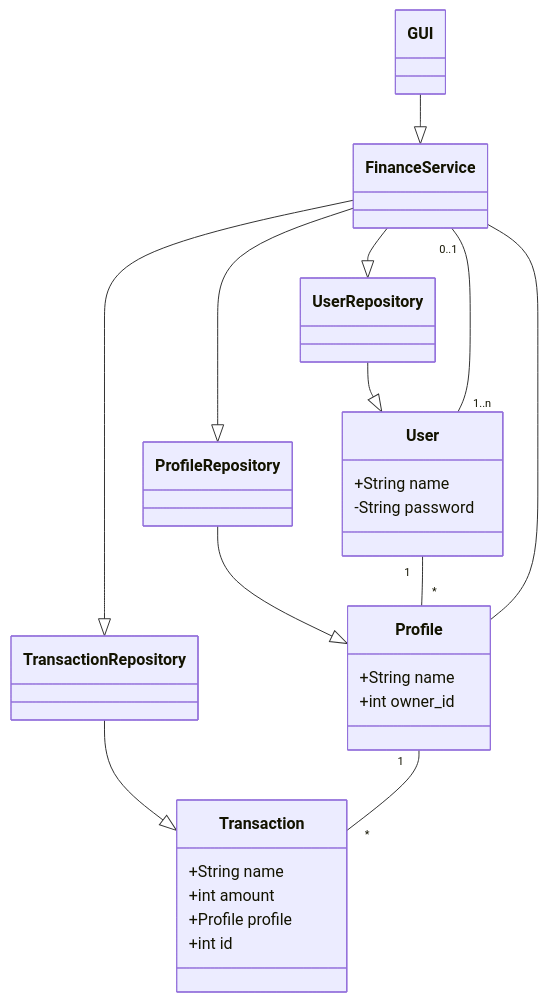
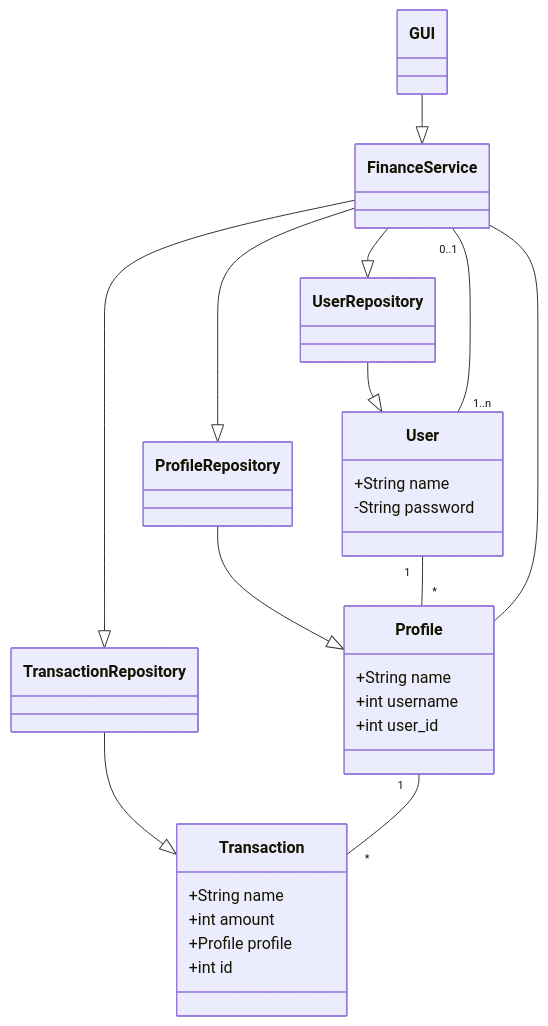
Before and after one commit to mpajuka/finanssit: the first of 3 diagrams in dokumentaatio/arkkitehtuuri.md, drawn with Mermaid. The commit also changed other lines of this file and 14 other files, not shown here.

````diff
--- a/dokumentaatio/arkkitehtuuri.md
+++ b/dokumentaatio/arkkitehtuuri.md
@@ -3,30 +3,31 @@
 ```mermaid
 classDiagram
     GUI --|> FinanceService
     FinanceService --|> ProfileRepository
     FinanceService --|> UserRepository
     FinanceService --|> TransactionRepository
     UserRepository --|> User
     ProfileRepository --|> Profile
     TransactionRepository --|> Transaction
     
     Profile -- FinanceService
     User "1" -- "*" Profile
     Profile "1" -- "*" Transaction
     FinanceService "0..1" -- "1..n" User
 
     class User {
         +String name
         -String password
     }
     class Profile {
         +String name
-        +int owner_id
+        +int username
+        +int user_id
     }
     class Transaction {
         +String name
         +int amount
         +Profile profile
         +int id
     }
 ```
````
